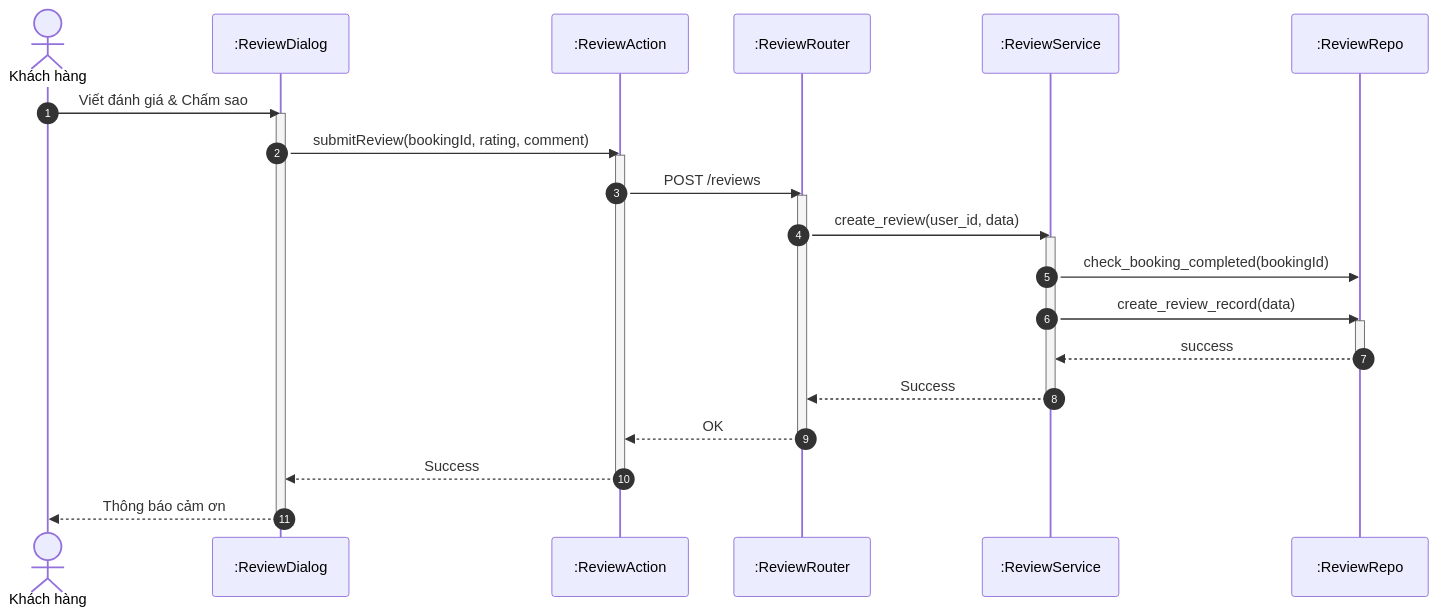
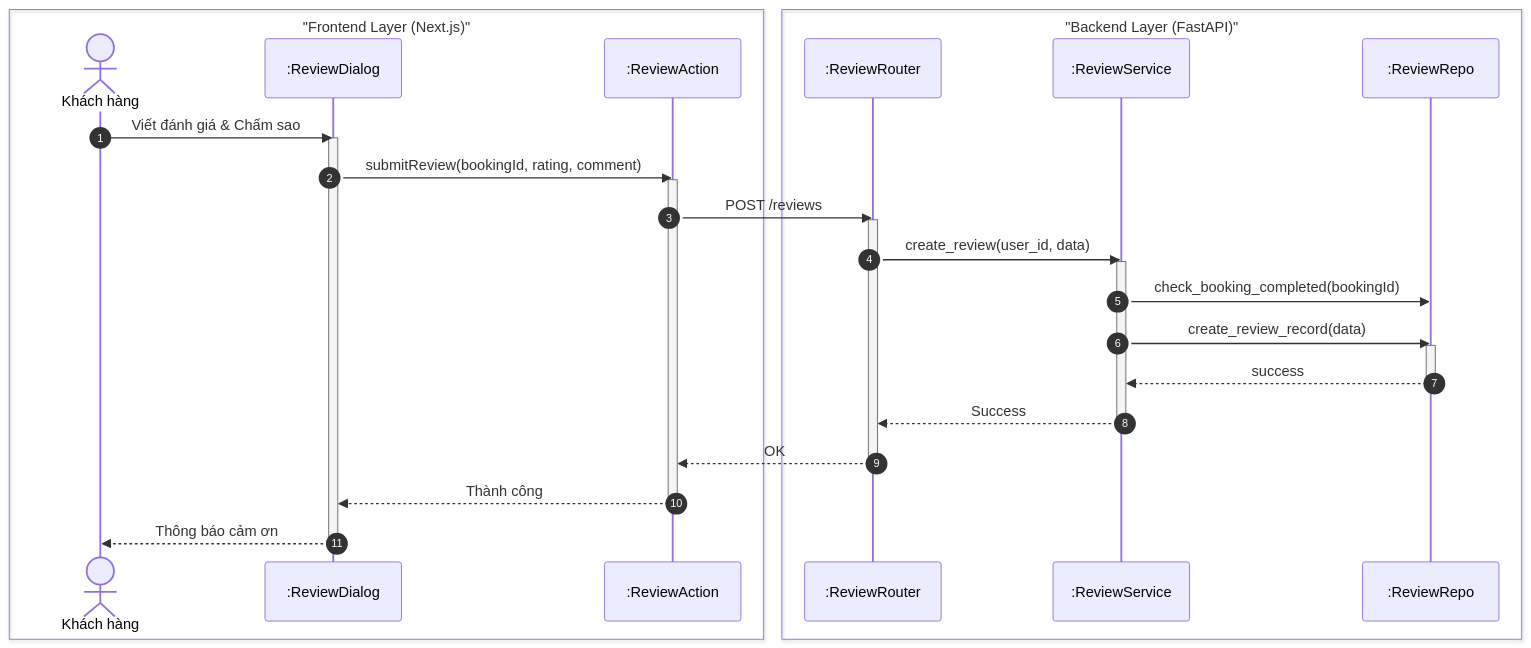
One commit to ngoctinn/Synapse changed the eighth of 8 diagrams in docs/design/sequences/customer_flows.md. Above: the diagram before and after it, drawn with Mermaid. The commit also changed other lines of this file and 4 other files, not shown here.

Commit message:
docs: Add initial sequence diagrams for authentication, customer, technician, receptionist, and admin flows.

````diff
--- a/docs/design/sequences/customer_flows.md
+++ b/docs/design/sequences/customer_flows.md
@@ -351,39 +381,44 @@
 ```mermaid
 sequenceDiagram
     autonumber
-    actor KH as Khách hàng
-    participant UI as :ReviewDialog
-    participant BFF as :ReviewAction
-    participant API as :ReviewRouter
-    participant S as :ReviewService
-    participant DB as :ReviewRepo
+    box "Frontend Layer (Next.js)"
+        actor KH as Khách hàng
+        participant UI as :ReviewDialog
+        participant BFF as :ReviewAction
+    end
+
+    box "Backend Layer (FastAPI)"
+        participant API as :ReviewRouter
+        participant S as :ReviewService
+        participant DB as :ReviewRepo
+    end
 
     KH->>UI: Viết đánh giá & Chấm sao
     activate UI
     UI->>BFF: submitReview(bookingId, rating, comment)
     activate BFF
 
     BFF->>API: POST /reviews
     activate API
 
     API->>S: create_review(user_id, data)
     activate S
 
     S->>DB: check_booking_completed(bookingId)
     S->>DB: create_review_record(data)
     activate DB
     DB-->>S: success
     deactivate DB
 
     S-->>API: Success
     deactivate S
 
     API-->>BFF: OK
     deactivate API
 
-    BFF-->>UI: Success
+    BFF-->>UI: Thành công
     deactivate BFF
 
     UI-->>KH: Thông báo cảm ơn
     deactivate UI
 ```
````
